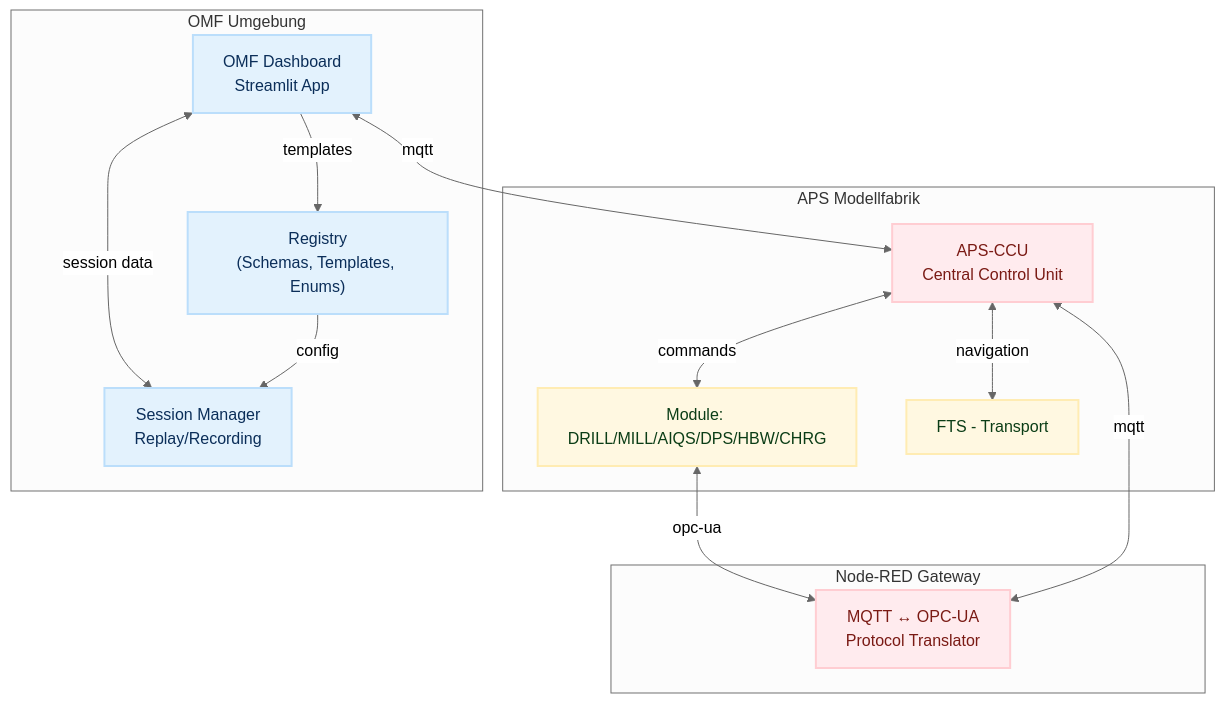
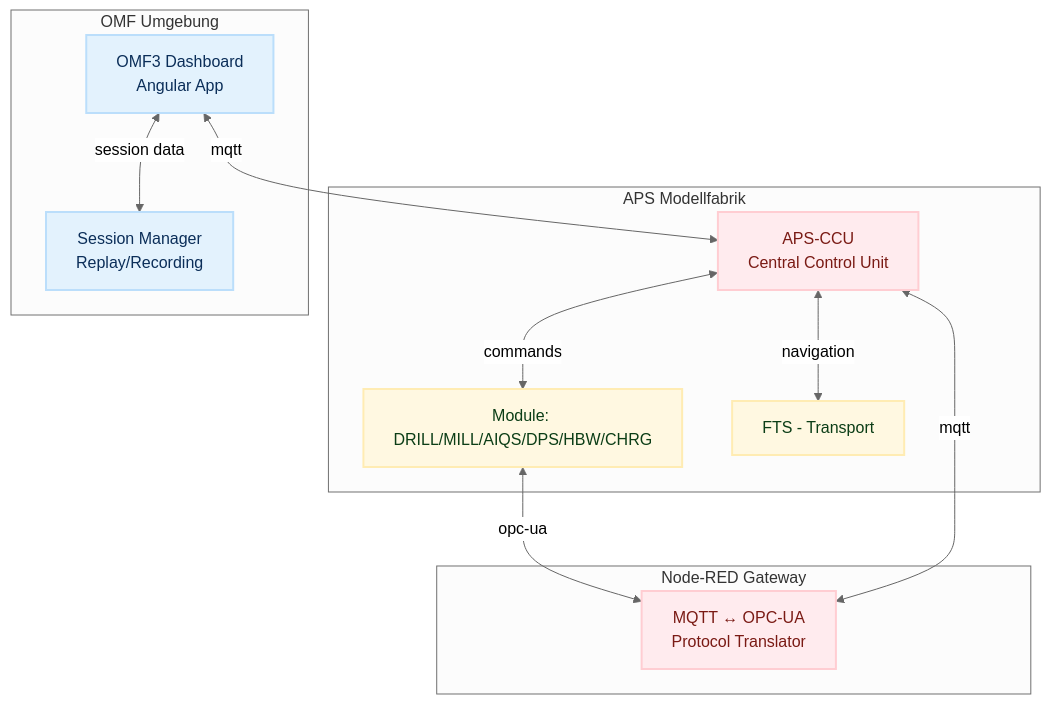
One commit to OliverBerger-ORBIS/ORBIS-Modellfabrik changed the diagram in docs/02-architecture/README.md. Above: the diagram before and after it, drawn with Mermaid. The commit also changed other lines of this file and 78 other files, not shown here.

````diff
--- a/docs/02-architecture/README.md
+++ b/docs/02-architecture/README.md
@@ -57,33 +45,30 @@
 ```mermaid
 %%{init: {'theme':'neutral'}}%%
 flowchart TD
 classDef orbis fill:#e3f2fd,stroke:#bbdefb,stroke-width:2px,color:#0b2e59;
 classDef fthardware fill:#fff8e1,stroke:#ffecb3,stroke-width:2px,color:#0b3d16;
 classDef ftsoftware fill:#ffebee,stroke:#ffcdd2,stroke-width:2px,color:#7a1a14;
 classDef external fill:#f5f5f5,stroke:#e0e0e0,stroke-width:2px,color:#333;
 
   subgraph APS [APS Modellfabrik]
     CCU[APS-CCU<br/>Central Control Unit]:::ftsoftware
     MOD["Module: DRILL/MILL/AIQS/DPS/HBW/CHRG"]:::fthardware
     FTS["FTS - Transport"]:::fthardware
   end
 
   subgraph NodeRED [Node-RED Gateway]
     NR["MQTT ↔ OPC-UA<br/>Protocol Translator"]:::ftsoftware
   end
 
   subgraph OMF [OMF Umgebung]
-    DASH["OMF Dashboard<br/>Streamlit App"]:::orbis
-    REG["Registry<br/>(Schemas, Templates, Enums)"]:::orbis
+    DASH["OMF3 Dashboard<br/>Angular App"]:::orbis
     SM["Session Manager<br/>Replay/Recording"]:::orbis
   end
 
   CCU <-->|commands| MOD
   CCU <-->|navigation| FTS
   MOD <-->|opc-ua| NR
   CCU <-->|mqtt| NR
   DASH <-->|mqtt| CCU
   DASH <-->|session data| SM
-  DASH -->|templates| REG
-  REG -->|config| SM
 ```
````
